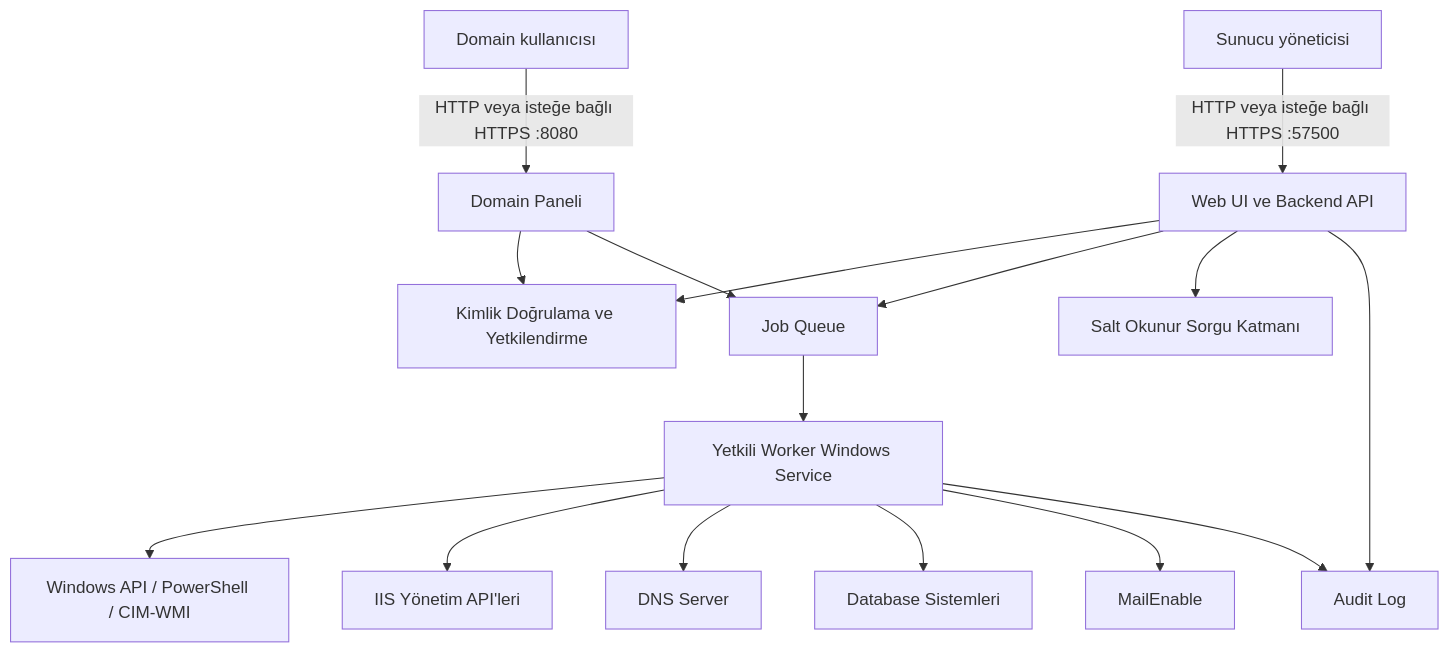
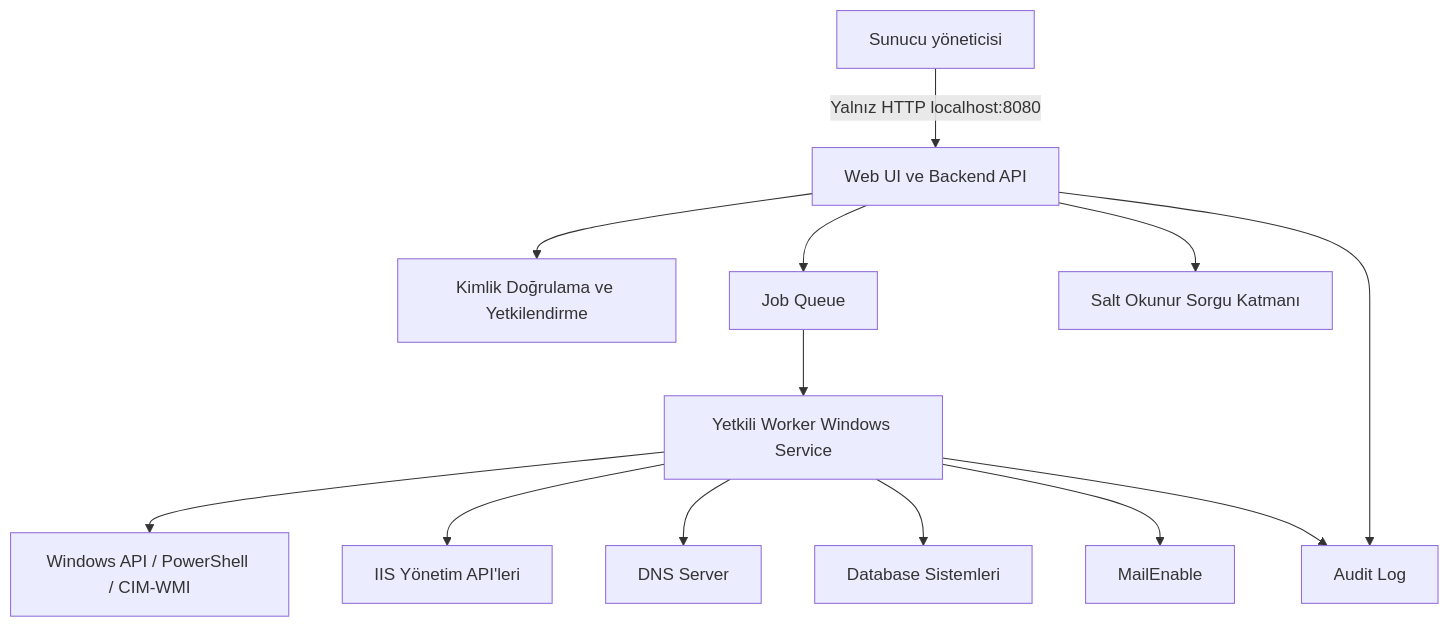
One commit to edgmms/SinX changed the diagram in docs/application-documentation.md. Above: the diagram before and after it, drawn with Mermaid. The commit also changed other lines of this file and 81 other files, not shown here.

````diff
--- a/docs/application-documentation.md
+++ b/docs/application-documentation.md
@@ -204,18 +205,15 @@
 ```mermaid
 flowchart TD
-    ADB[Sunucu yöneticisi] -->|HTTP veya isteğe bağlı HTTPS :57500| W[Web UI ve Backend API]
-    DU[Domain kullanıcısı] -->|HTTP veya isteğe bağlı HTTPS :8080| DP[Domain Paneli]
-    DP --> A[Kimlik Doğrulama ve Yetkilendirme]
-    DP --> J[Job Queue]
+    ADB[Sunucu yöneticisi] -->|Yalnız HTTP localhost:8080| W[Web UI ve Backend API]
     W --> A[Kimlik Doğrulama ve Yetkilendirme]
     W --> J[Job Queue]
     W --> R[Salt Okunur Sorgu Katmanı]
     J --> P[Yetkili Worker Windows Service]
     P --> OS[Windows API / PowerShell / CIM-WMI]
     P --> IIS[IIS Yönetim API'leri]
     P --> DNS[DNS Server]
     P --> DB[Database Sistemleri]
     P --> MAIL[MailEnable]
     W --> AUDIT[Audit Log]
     P --> AUDIT
 ```
````
